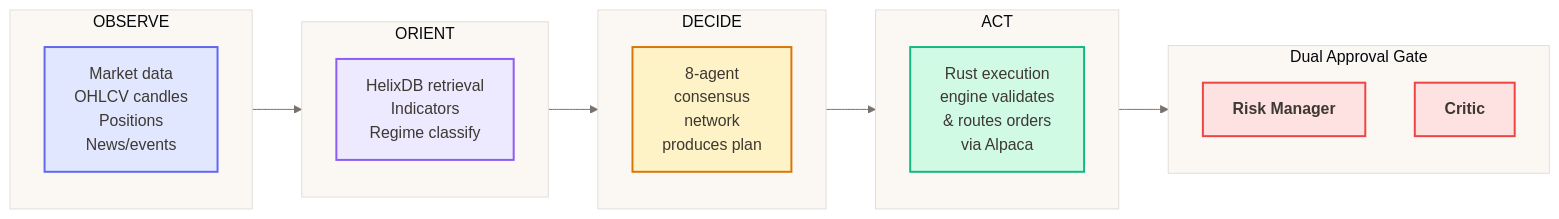
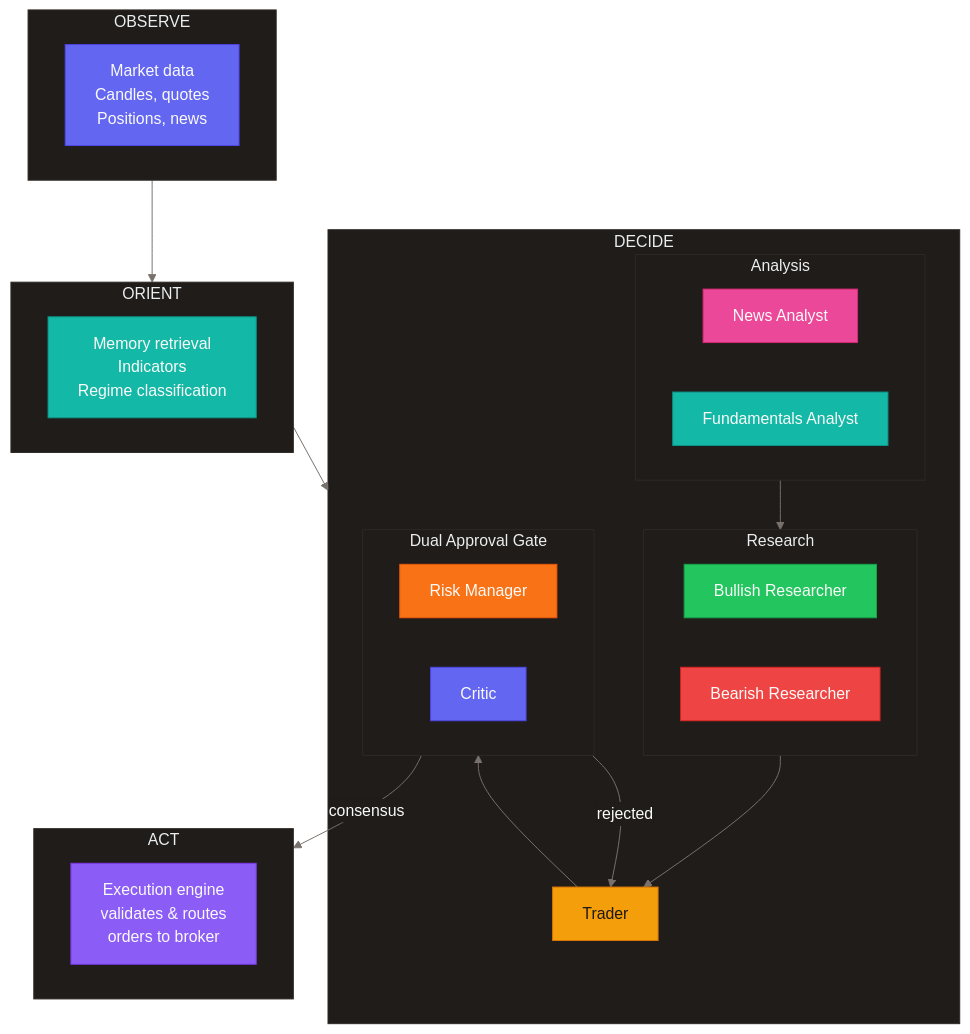
One commit to ccheney/cream changed the first of 3 diagrams in PROJECT.md. Above: the diagram before and after it, drawn with Mermaid. The commit also changed other lines of this file, not shown here.

Commit message:
refactor: update PROJECT.md for clarity and structure, enhancing the OODA loop explanation and agent roles

````diff
--- a/PROJECT.md
+++ b/PROJECT.md
@@ -11,51 +19,84 @@
 ```mermaid
-%%{init: {'theme': 'base', 'themeVariables': { 'primaryColor': '#FEF3C7', 'primaryTextColor': '#3D3832', 'lineColor': '#78716C', 'tertiaryColor': '#FBF8F3'}}}%%
-flowchart LR
-    subgraph OBSERVE["OBSERVE"]
+%%{init: {'theme': 'base', 'themeVariables': {
+  'primaryColor': '#D97706',
+  'primaryTextColor': '#FAFAF9',
+  'primaryBorderColor': '#B45309',
+  'lineColor': '#78716C',
+  'secondaryColor': '#1F1C1A',
+  'tertiaryColor': '#141211',
+  'background': '#0C0A09',
+  'mainBkg': '#141211',
+  'textColor': '#D6D3D1',
+  'clusterBkg': '#1F1C1A',
+  'clusterBorder': '#2D2926'
+}}}%%
+flowchart TB
+    subgraph Observe["OBSERVE"]
         O1["`Market data
-        OHLCV candles
-        Positions
-        News/events`"]
+        Candles, quotes
+        Positions, news`"]
     end
 
-    subgraph ORIENT["ORIENT"]
-        O2["`HelixDB retrieval
+    subgraph Orient["ORIENT"]
+        O2["`Memory retrieval
         Indicators
-        Regime classify`"]
+        Regime classification`"]
     end
 
-    subgraph DECIDE["DECIDE"]
-        O3["`8-agent
-        consensus
-        network
-        produces plan`"]
+    subgraph Decide["DECIDE"]
+        subgraph Analysis["Analysis"]
+            NA["News Analyst"]
+            FA["Fundamentals Analyst"]
+        end
+
+        subgraph Research["Research"]
+            Bull["Bullish Researcher"]
+            Bear["Bearish Researcher"]
+        end
+
+        Trader["Trader"]
+
+        subgraph Approval["Dual Approval Gate"]
+            RM["Risk Manager"]
+            CR["Critic"]
+        end
+
+        Analysis --> Research --> Trader --> Approval
     end
 
-    subgraph ACT["ACT"]
-        O4["`Rust execution
-        engine validates
-        & routes orders
-        via Alpaca`"]
+    subgraph Act["ACT"]
+        O4["`Execution engine
+        validates & routes
+        orders to broker`"]
     end
 
-    OBSERVE --> ORIENT --> DECIDE --> ACT
+    Observe --> Orient --> Decide
+    Approval -->|consensus| Act
+    Approval -->|rejected| Trader
 
-    ACT --> Approval
+    %% OODA Phase styling
+    classDef observe fill:#6366F1,stroke:#4F46E5,color:#FAFAF9
+    classDef orient fill:#14B8A6,stroke:#0D9488,color:#FAFAF9
+    classDef decide fill:#D97706,stroke:#B45309,color:#FAFAF9
+    classDef act fill:#8B5CF6,stroke:#7C3AED,color:#FAFAF9
 
-    subgraph Approval["Dual Approval Gate"]
-        Risk["`**Risk Manager**`"]
-        Critic["`**Critic**`"]
-    end
-
-    classDef observe fill:#E0E7FF,stroke:#6366F1,stroke-width:2px,color:#3D3832
-    classDef orient fill:#EDE9FE,stroke:#8B5CF6,stroke-width:2px,color:#3D3832
-    classDef decide fill:#FEF3C7,stroke:#D97706,stroke-width:2px,color:#3D3832
-    classDef act fill:#D1FAE5,stroke:#10B981,stroke-width:2px,color:#3D3832
-    classDef approval fill:#FEE2E2,stroke:#EF4444,stroke-width:2px,color:#3D3832
+    %% Agent-specific styling
+    classDef news fill:#EC4899,stroke:#DB2777,color:#FAFAF9
+    classDef fundamentals fill:#14B8A6,stroke:#0D9488,color:#FAFAF9
+    classDef bullish fill:#22C55E,stroke:#16A34A,color:#FAFAF9
+    classDef bearish fill:#EF4444,stroke:#DC2626,color:#FAFAF9
+    classDef trader fill:#F59E0B,stroke:#D97706,color:#1C1917
+    classDef risk fill:#F97316,stroke:#EA580C,color:#FAFAF9
+    classDef critic fill:#6366F1,stroke:#4F46E5,color:#FAFAF9
 
     class O1 observe
     class O2 orient
-    class O3 decide
     class O4 act
-    class Risk,Critic approval
+    class NA news
+    class FA fundamentals
+    class Bull bullish
+    class Bear bearish
+    class Trader trader
+    class RM risk
+    class CR critic
 ```
````
